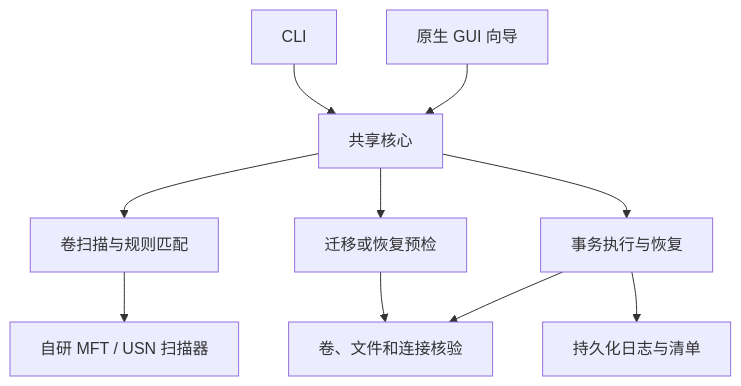
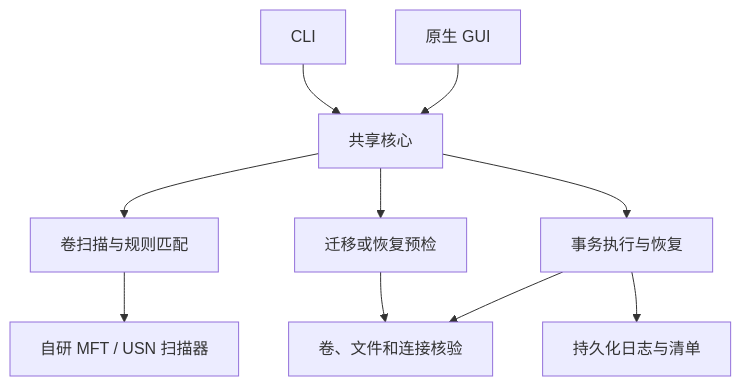
One commit to suifei/freeport changed the diagram in docs/technical-design.md. Above: the diagram before and after it, drawn with Mermaid. The commit also changed other lines of this file and 8 other files, not shown here.

````diff
--- a/docs/technical-design.md
+++ b/docs/technical-design.md
@@ -42,12 +26,12 @@
 ```mermaid
 flowchart TD
     CLI["CLI"] --> Core["共享核心"]
-    GUI["原生 GUI 向导"] --> Core
+    GUI["原生 GUI"] --> Core
     Core --> Scan["卷扫描与规则匹配"]
     Core --> Plan["迁移或恢复预检"]
     Core --> Tx["事务执行与恢复"]
     Scan --> Index["自研 MFT / USN 扫描器"]
     Plan --> Objects["卷、文件和连接核验"]
     Tx --> Objects
     Tx --> Journal["持久化日志与清单"]
 ```
````
